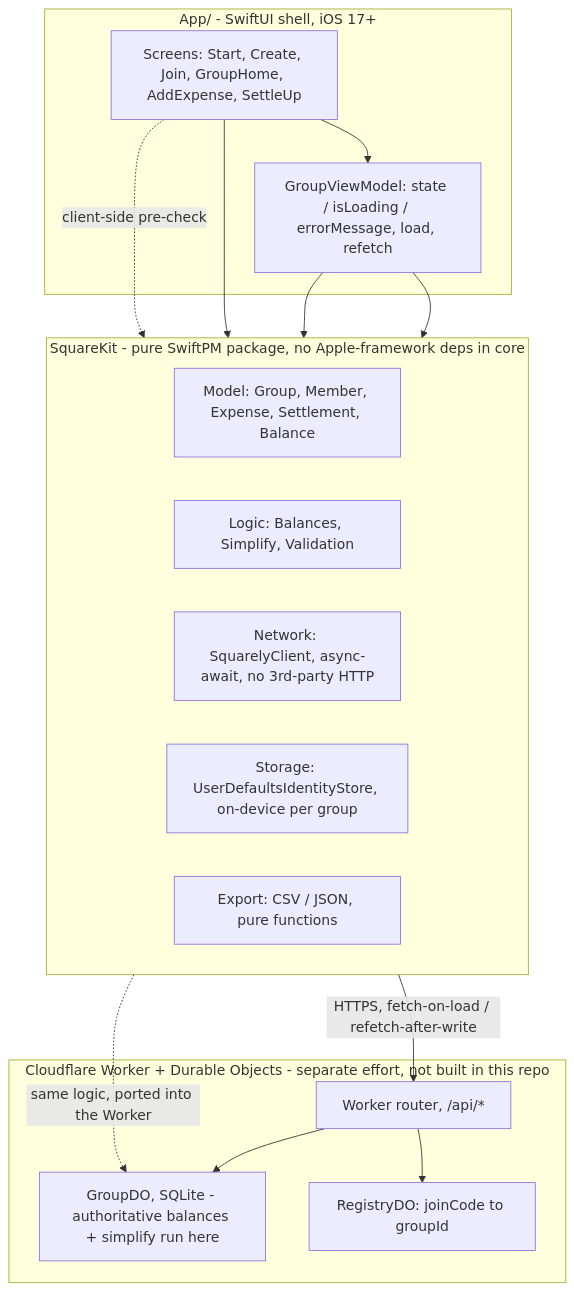
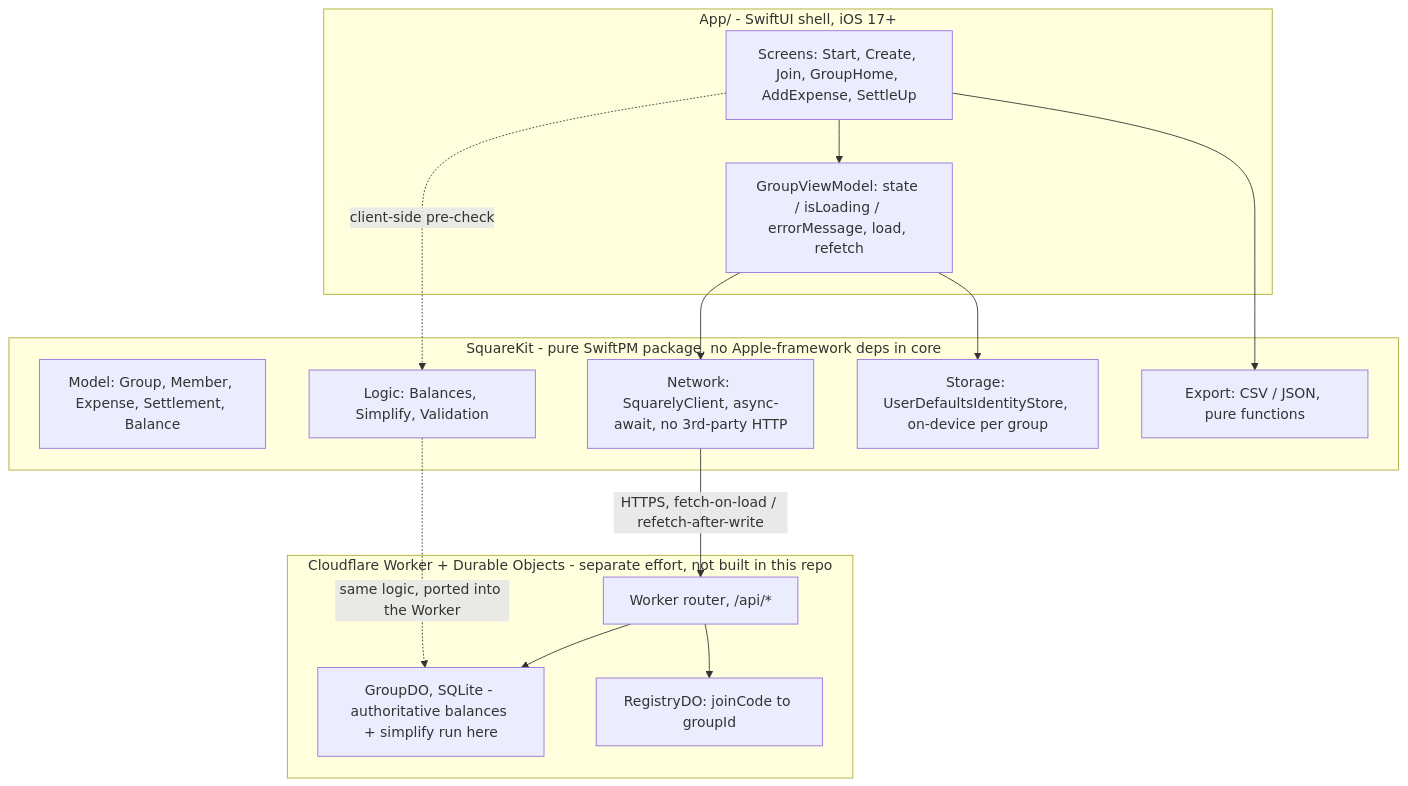
One commit to nakka-labs/clantab-ios changed the diagram in README.md. Above: the diagram before and after it, drawn with Mermaid.

Commit message:
docs: drop subgraph direction from README mermaid diagram
`direction LR` inside a subgraph combined with edges crossing subgraph
boundaries can trip GitHub's mermaid renderer. Default (vertical) layout
renders reliably and reads fine.

Claude-Session: https://claude.ai/code/session_01WaW5xrAx5tb7RUGoCizPex

````diff
--- a/README.md
+++ b/README.md
@@ -35,33 +35,32 @@
 ```mermaid
 flowchart TB
     subgraph app["App/ - SwiftUI shell, iOS 17+"]
         screens["Screens: Start, Create, Join, GroupHome, AddExpense, SettleUp"]
         vm["GroupViewModel: state / isLoading / errorMessage, load, refetch"]
         screens --> vm
     end
 
     subgraph kit["SquareKit - pure SwiftPM package, no Apple-framework deps in core"]
-        direction LR
         model["Model: Group, Member, Expense, Settlement, Balance"]
         logic["Logic: Balances, Simplify, Validation"]
         client["Network: SquarelyClient, async-await, no 3rd-party HTTP"]
         store["Storage: UserDefaultsIdentityStore, on-device per group"]
         export["Export: CSV / JSON, pure functions"]
     end
 
     vm --> client
     vm --> store
     screens --> export
     screens -.->|"client-side pre-check"| logic
     client -->|"HTTPS, fetch-on-load / refetch-after-write"| worker
 
     subgraph backend["Cloudflare Worker + Durable Objects - separate effort, not built in this repo"]
         worker["Worker router, /api/*"]
         groupdo["GroupDO, SQLite - authoritative balances + simplify run here"]
         registrydo["RegistryDO: joinCode to groupId"]
         worker --> groupdo
         worker --> registrydo
     end
 
     logic -.->|"same logic, ported into the Worker"| groupdo
 ```
````
